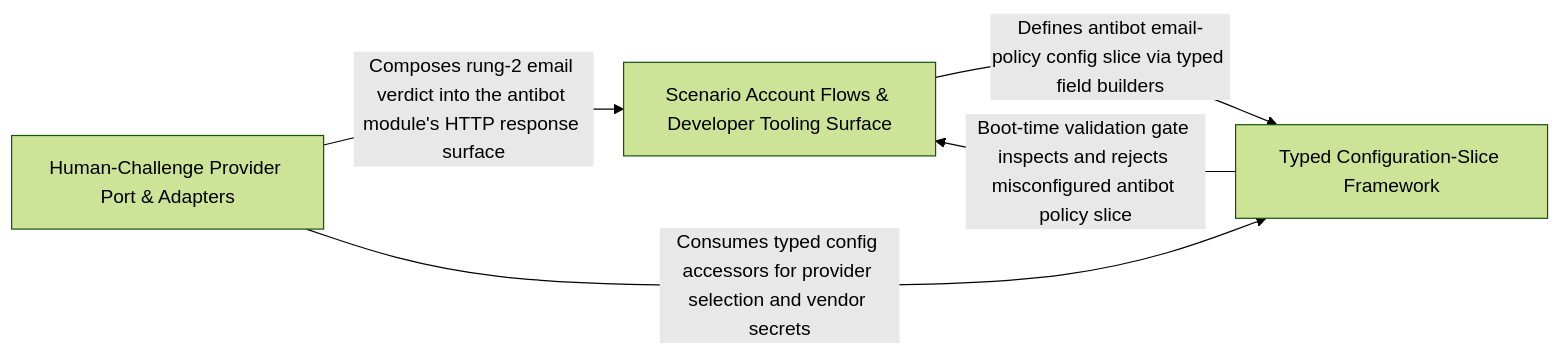
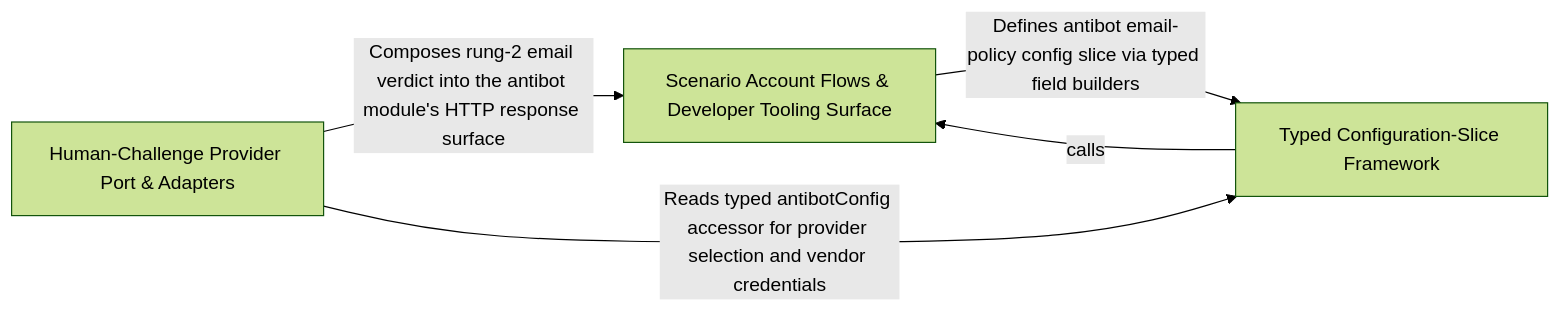
One commit to Guebbit/boilerplate-node-backend changed the diagram in .2brain/arch/Scenario_Account_Flows_Cross_Cutting_Tooling.md. Above: the diagram before and after it, drawn with Mermaid (forest theme). The commit also changed other lines of this file and 627 other files, not shown here.

````diff
--- a/.2brain/arch/Scenario_Account_Flows_Cross_Cutting_Tooling.md
+++ b/.2brain/arch/Scenario_Account_Flows_Cross_Cutting_Tooling.md
@@ -10,10 +10,10 @@
 ```mermaid
 graph LR
     Scenario_Account_Flows_Developer_Tooling_Surface["Scenario Account Flows & Developer Tooling Surface"]
     Human_Challenge_Provider_Port_Adapters["Human-Challenge Provider Port & Adapters"]
     Typed_Configuration_Slice_Framework["Typed Configuration-Slice Framework"]
     Scenario_Account_Flows_Developer_Tooling_Surface -- "Defines antibot email-policy config slice via typed field builders" --> Typed_Configuration_Slice_Framework
     Human_Challenge_Provider_Port_Adapters -- "Composes rung-2 email verdict into the antibot module's HTTP response surface" --> Scenario_Account_Flows_Developer_Tooling_Surface
-    Human_Challenge_Provider_Port_Adapters -- "Consumes typed config accessors for provider selection and vendor secrets" --> Typed_Configuration_Slice_Framework
-    Typed_Configuration_Slice_Framework -- "Boot-time validation gate inspects and rejects misconfigured antibot policy slice" --> Scenario_Account_Flows_Developer_Tooling_Surface
+    Human_Challenge_Provider_Port_Adapters -- "Reads typed antibotConfig accessor for provider selection and vendor credentials" --> Typed_Configuration_Slice_Framework
+    Typed_Configuration_Slice_Framework -- "calls" --> Scenario_Account_Flows_Developer_Tooling_Surface
 ```
````
